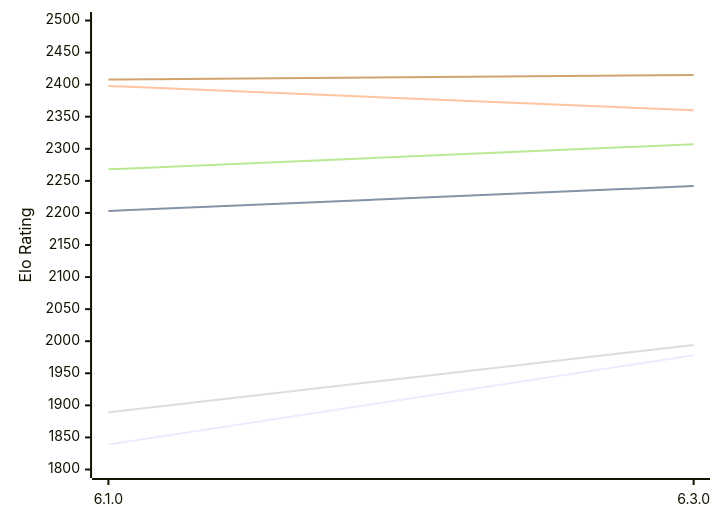
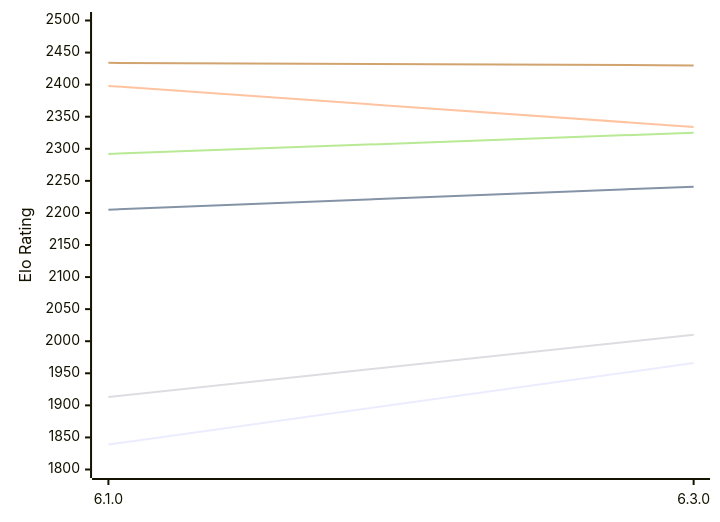
One commit to computer-chess-index/cci changed the diagram in engines/Luminex.md. Above: the diagram before and after it, drawn with Mermaid. The commit also changed other lines of this file, not shown here.

Commit message:
Update CCI Ratings (ELO VLTC) - 2026-11-04

````diff
--- a/engines/Luminex.md
+++ b/engines/Luminex.md
@@ -49,12 +49,12 @@
 ```mermaid
 %%{init: {"theme":"base","themeVariables":{"seriesColors:['#a3a3a3','#222221','#faa371']}}}%%
 xychart-beta
   x-axis ["6.1.0", "6.3.0"]
   y-axis "Elo Rating" 1800 --> 2500
-  line "E1: STC (8.0+0.08s)" [1839, 1978]
-  line "E1: LTC (60.0+0.60s)" [2203, 2242]
-  line "E1: VLTC (2m24s+1.12s)" [2398, 2360]
-  line "P1: STC (8.0+0.08s)" [1889, 1994]
-  line "P1: LTC (60.0+0.60s)" [2268, 2307]
-  line "P1: VLTC (2m24s+1.12s)" [2408, 2415]
+  line "E1: STC (8.0+0.08s)" [1839, 1966]
+  line "E1: LTC (60.0+0.60s)" [2205, 2241]
+  line "E1: VLTC (2m24s+1.12s)" [2398, 2334]
+  line "P1: STC (8.0+0.08s)" [1913, 2010]
+  line "P1: LTC (60.0+0.60s)" [2292, 2325]
+  line "P1: VLTC (2m24s+1.12s)" [2434, 2430]
 ```
````
